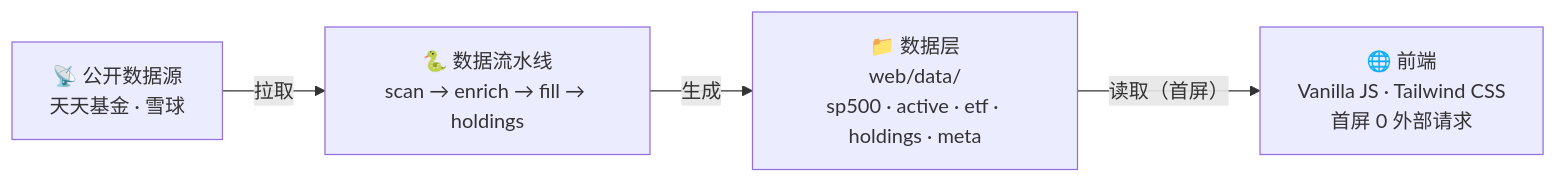
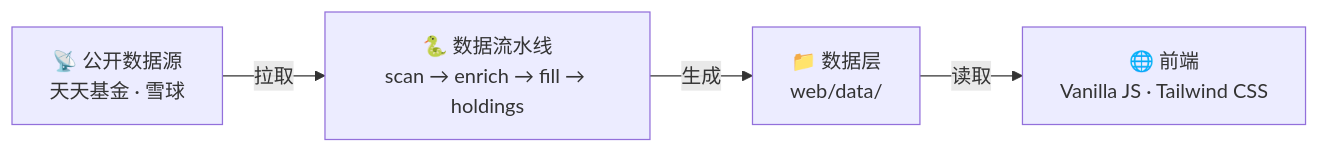
One commit to suic-d/qdii-tracker changed the diagram in README.md. Above: the diagram before and after it, drawn with Mermaid. The commit also changed other lines of this file and 45 other files, not shown here.

````diff
--- a/README.md
+++ b/README.md
@@ -47,11 +23,11 @@
 ```mermaid
 graph LR
     A["📡 公开数据源<br/>天天基金 · 雪球"]
     B["🐍 数据流水线<br/>scan → enrich → fill → holdings"]
-    C["📁 数据层<br/>web/data/<br/>sp500 · active · etf · holdings · meta"]
-    D["🌐 前端<br/>Vanilla JS · Tailwind CSS<br/>首屏 0 外部请求"]
+    C["📁 数据层<br/>web/data/"]
+    D["🌐 前端<br/>Vanilla JS · Tailwind CSS"]
 
     A -->|拉取| B
     B -->|生成| C
-    C -->|读取（首屏）| D
+    C -->|读取| D
 ```
````
